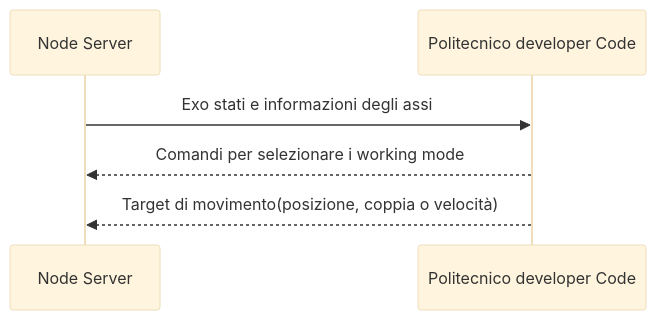
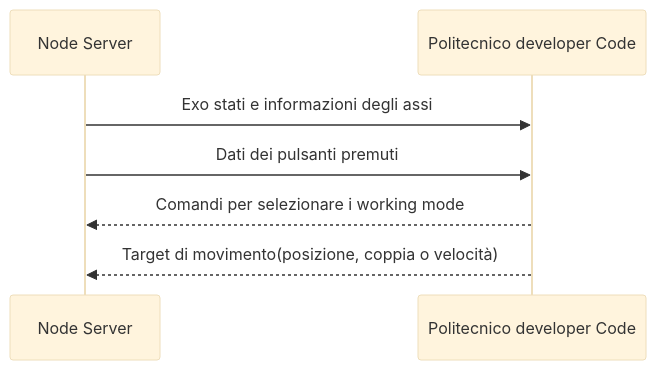
Before and after one commit to Allenaz-srl/Progetto-Riabilitazione: the diagram in politecnico-developers-framework/schema-di-comunicazione.md, drawn with Mermaid (base theme). The commit also changed 4 other files, not shown here.

````diff
--- a/politecnico-developers-framework/schema-di-comunicazione.md
+++ b/politecnico-developers-framework/schema-di-comunicazione.md
@@ -3,6 +3,7 @@
 ```mermaid
 sequenceDiagram
     Node Server ->> Politecnico developer Code: Exo stati e informazioni degli assi
+    Node Server ->> Politecnico developer Code: Dati dei pulsanti premuti
     Politecnico developer Code-->>Node Server: Comandi per selezionare i working mode
     Politecnico developer Code-->>Node Server: Target di movimento(posizione, coppia o velocità)
 ```
````
